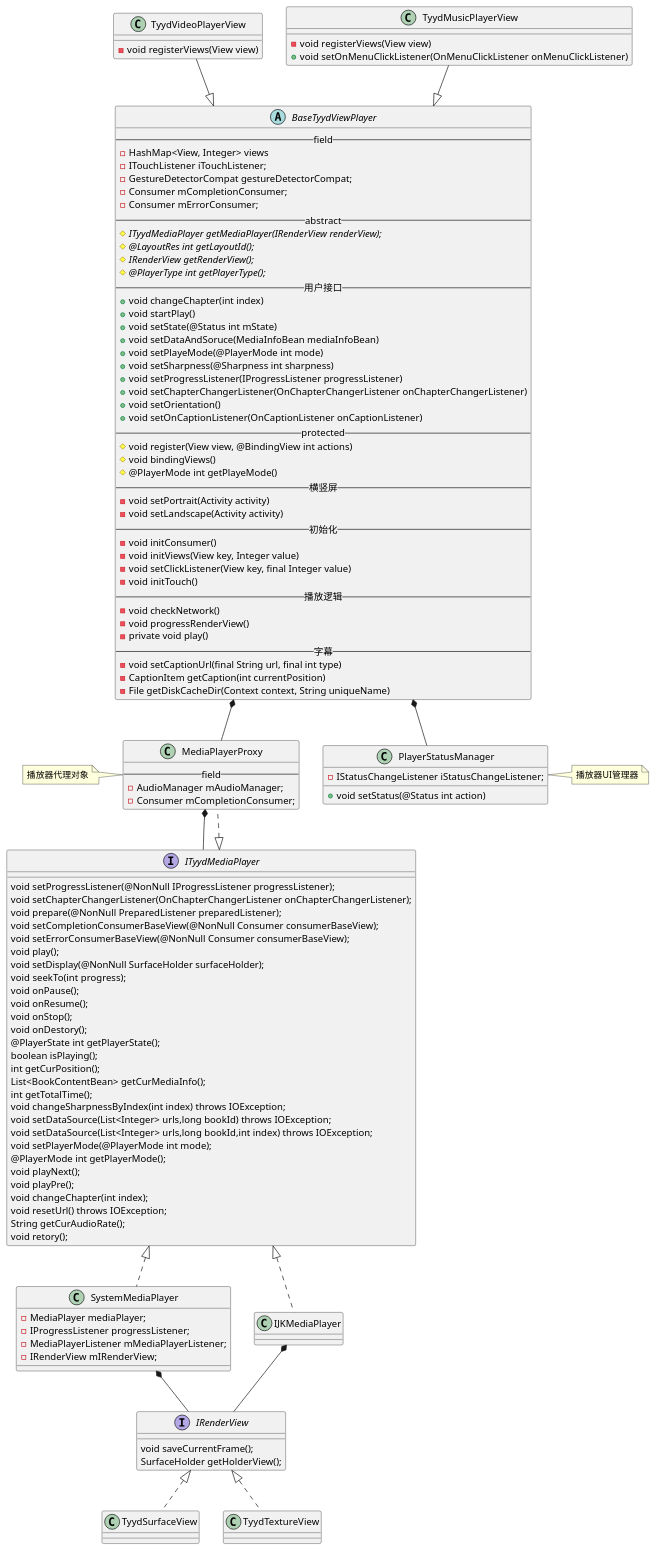
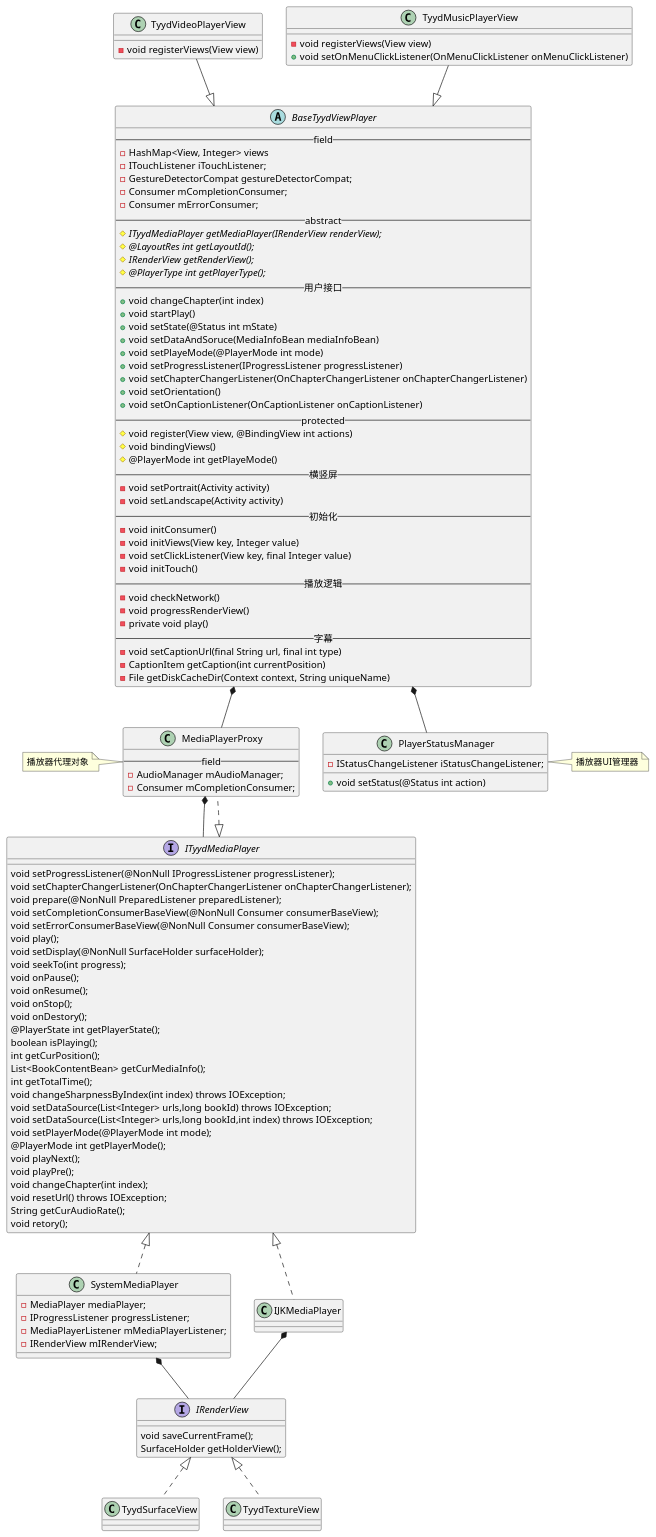
Before and after one commit to yufns/uml: the diagram in uml/video/class/tyydmediaplayer.puml, drawn with PlantUML. The commit also changed 4 other files, not shown here.

```diff
--- a/uml/video/class/tyydmediaplayer.puml
+++ b/uml/video/class/tyydmediaplayer.puml
@@ -1,140 +1,139 @@
 @startuml
 
 class TyydVideoPlayerView {
   - void registerViews(View view)
 }
 
 class TyydMusicPlayerView {
   - void registerViews(View view)
   + void setOnMenuClickListener(OnMenuClickListener onMenuClickListener)
 }
 
 abstract BaseTyydViewPlayer{
   -- field --
   - HashMap<View, Integer> views
   - ITouchListener iTouchListener;
   - GestureDetectorCompat gestureDetectorCompat;
   - Consumer mCompletionConsumer;
   - Consumer mErrorConsumer;
   -- abstract --
   {abstract} # ITyydMediaPlayer getMediaPlayer(IRenderView renderView);
   {abstract} # @LayoutRes int getLayoutId();
   {abstract} # IRenderView getRenderView();
   {abstract} # @PlayerType int getPlayerType();
   -- 用户接口 --
   + void changeChapter(int index)
   + void startPlay()
   + void setState(@Status int mState)
   + void setDataAndSoruce(MediaInfoBean mediaInfoBean)
   + void setPlayeMode(@PlayerMode int mode)
-  + void setSharpness(@Sharpness int sharpness)
   + void setProgressListener(IProgressListener progressListener)
   + void setChapterChangerListener(OnChapterChangerListener onChapterChangerListener)
   + void setOrientation()
   + void setOnCaptionListener(OnCaptionListener onCaptionListener)
   -- protected --
   # void register(View view, @BindingView int actions)
   # void bindingViews()
   # @PlayerMode int getPlayeMode()
   -- 横竖屏 --
   - void setPortrait(Activity activity)
   - void setLandscape(Activity activity)
   -- 初始化 --
   - void initConsumer()
   - void initViews(View key, Integer value)
   - void setClickListener(View key, final Integer value)
   - void initTouch()
   -- 播放逻辑 --
   - void checkNetwork()
   - void progressRenderView()
   - private void play()
   -- 字幕 --
   - void setCaptionUrl(final String url, final int type)
   - CaptionItem getCaption(int currentPosition)
   - File getDiskCacheDir(Context context, String uniqueName)
 }
 
 interface ITyydMediaPlayer{
   void setProgressListener(@NonNull IProgressListener progressListener);
   void setChapterChangerListener(OnChapterChangerListener onChapterChangerListener);
   void prepare(@NonNull PreparedListener preparedListener);
   void setCompletionConsumerBaseView(@NonNull Consumer consumerBaseView);
   void setErrorConsumerBaseView(@NonNull Consumer consumerBaseView);
   void play();
   void setDisplay(@NonNull SurfaceHolder surfaceHolder);
   void seekTo(int progress);
   void onPause();
   void onResume();
   void onStop();
   void onDestory();
   @PlayerState int getPlayerState();
   boolean isPlaying();
   int getCurPosition();
   List<BookContentBean> getCurMediaInfo();
   int getTotalTime();
   void changeSharpnessByIndex(int index) throws IOException;
   void setDataSource(List<Integer> urls,long bookId) throws IOException;
   void setDataSource(List<Integer> urls,long bookId,int index) throws IOException;
   void setPlayerMode(@PlayerMode int mode);
   @PlayerMode int getPlayerMode();
   void playNext();
   void playPre();
   void changeChapter(int index);
   void resetUrl() throws IOException;
   String getCurAudioRate();
   void retory();
 }
 
 class MediaPlayerProxy{
   -- field --
   - AudioManager mAudioManager;
   - Consumer mCompletionConsumer;
 }
 note left:播放器代理对象
 
 ITyydMediaPlayer <|.. MediaPlayerProxy
 
 class PlayerStatusManager{
   - IStatusChangeListener iStatusChangeListener;
   + void setStatus(@Status int action)
 }
 note right:播放器UI管理器
 
 TyydVideoPlayerView  --|> BaseTyydViewPlayer
 TyydMusicPlayerView  --|> BaseTyydViewPlayer
 BaseTyydViewPlayer *-- MediaPlayerProxy
 BaseTyydViewPlayer *-- PlayerStatusManager
 
 
 MediaPlayerProxy *-- ITyydMediaPlayer
 
 interface IRenderView{
   void saveCurrentFrame();
   SurfaceHolder getHolderView();
 }
 
 class SystemMediaPlayer{
   - MediaPlayer mediaPlayer;
   - IProgressListener progressListener;
   - MediaPlayerListener mMediaPlayerListener;
   - IRenderView mIRenderView;
 }
 SystemMediaPlayer *-- IRenderView
 IRenderView <|.. TyydSurfaceView
 
 ITyydMediaPlayer <|.. SystemMediaPlayer
 
 class IJKMediaPlayer{
 
 }
 
 class TyydTextureView{
 
 }
 
 IJKMediaPlayer *-- IRenderView
 ITyydMediaPlayer <|.. IJKMediaPlayer
 
 IRenderView <|.. TyydTextureView
 
 @enduml
```
